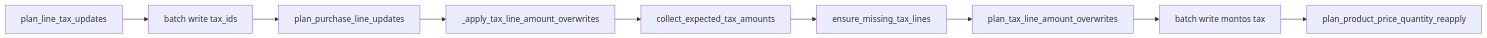
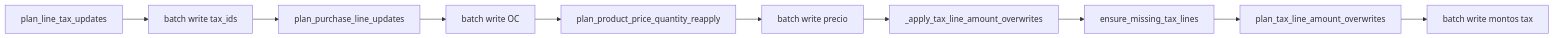
One commit to LezanaMauricioSebastian/facturias_matching changed the diagram in docs/import-odoo/impuestos.md. Above: the diagram before and after it, drawn with Mermaid. The commit also changed 16 other files, not shown here.

````diff
--- a/docs/import-odoo/impuestos.md
+++ b/docs/import-odoo/impuestos.md
@@ -140,11 +140,12 @@
 ```mermaid
 flowchart LR
   A[plan_line_tax_updates] --> B[batch write tax_ids]
   B --> C[plan_purchase_line_updates]
-  C --> D[_apply_tax_line_amount_overwrites]
-  D --> E[collect_expected_tax_amounts]
-  E --> F[ensure_missing_tax_lines]
-  F --> G[plan_tax_line_amount_overwrites]
-  G --> H[batch write montos tax]
-  H --> I[plan_product_price_quantity_reapply]
+  C --> D[batch write OC]
+  D --> E[plan_product_price_quantity_reapply]
+  E --> F[batch write precio]
+  F --> G[_apply_tax_line_amount_overwrites]
+  G --> H[ensure_missing_tax_lines]
+  H --> I[plan_tax_line_amount_overwrites]
+  I --> J[batch write montos tax]
 ```
````
